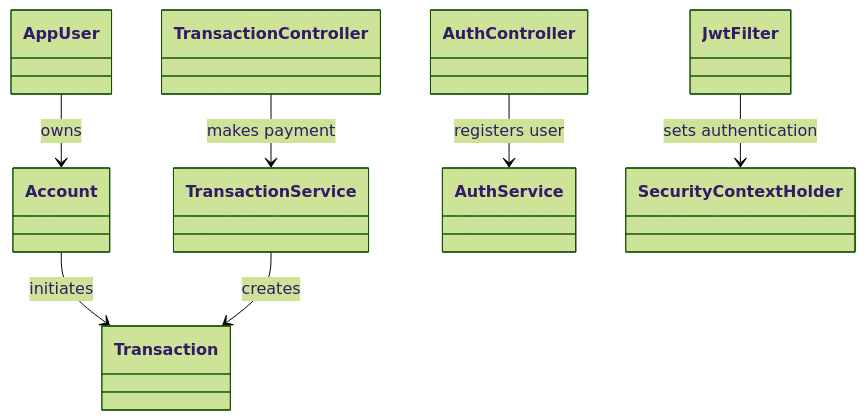
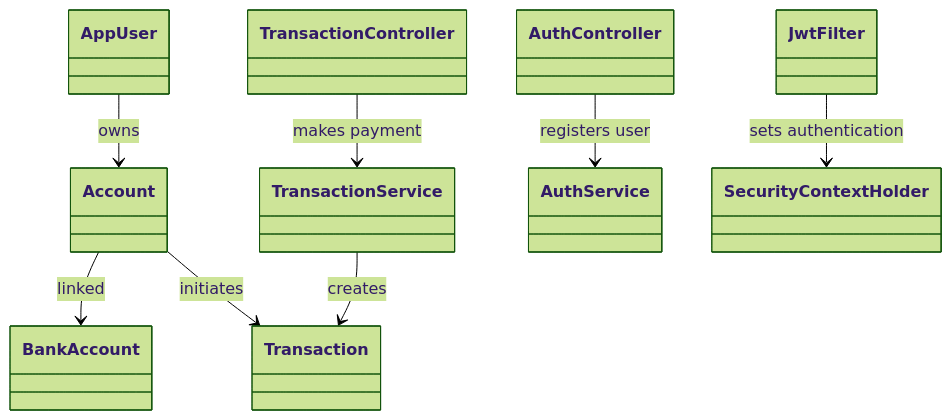
The diagram in README.md (karansahani78/upi-clone), drawn with Mermaid (forest theme) before and after one commit. The commit also changed other lines of this file, not shown here.

````diff
--- a/README.md
+++ b/README.md
@@ -191,9 +197,10 @@
 ```mermaid
 classDiagram
     AppUser --> Account : owns
+    Account --> BankAccount : linked
     Account --> Transaction : initiates
     TransactionService --> Transaction : creates
     AuthController --> AuthService : registers user
     TransactionController --> TransactionService : makes payment
     JwtFilter --> SecurityContextHolder : sets authentication
 ```
````
